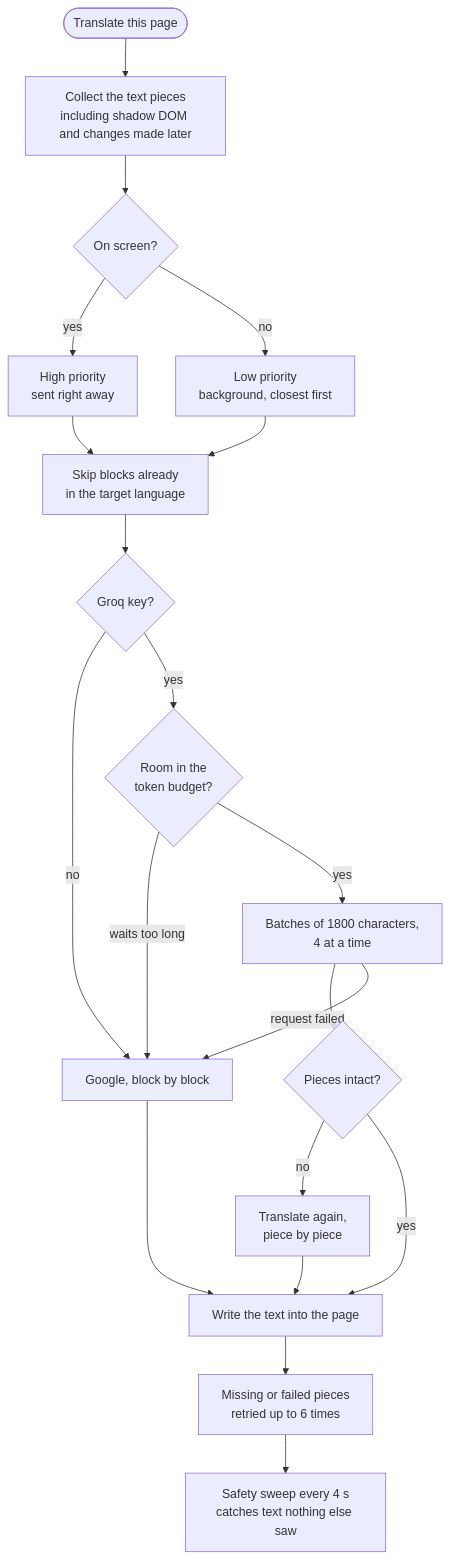
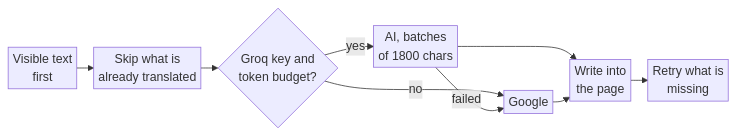
One commit to ThomasPixelsOf/Translate-Express changed the second of 2 diagrams in README.md. Above: the diagram before and after it, drawn with Mermaid. The commit also changed other lines of this file, not shown here.

Commit message:
README: smaller diagrams, the second one collapsed

````diff
--- a/README.md
+++ b/README.md
@@ -70,22 +35,11 @@
 ```mermaid
-flowchart TD
-  start(["Translate this page"]) --> collect["Collect the text pieces<br/>including shadow DOM and changes made later"]
-  collect --> split{"On screen?"}
-  split -->|"yes"| high["High priority<br/>sent right away"]
-  split -->|"no"| low["Low priority<br/>background, closest first"]
-  high --> skip["Skip blocks already<br/>in the target language"]
-  low --> skip
-  skip --> key{"Groq key?"}
-  key -->|"no"| google["Google, block by block"]
-  key -->|"yes"| budget{"Room in the<br/>token budget?"}
-  budget -->|"waits too long"| google
-  budget -->|"yes"| batch["Batches of 1800 characters,<br/>4 at a time"]
-  batch --> check{"Pieces intact?"}
-  check -->|"no"| piece["Translate again,<br/>piece by piece"]
-  check -->|"yes"| write["Write the text into the page"]
-  piece --> write
-  batch -->|"request failed"| google
-  google --> write
-  write --> retry["Missing or failed pieces<br/>retried up to 6 times"]
-  retry --> sweep["Safety sweep every 4 s<br/>catches text nothing else saw"]
+%%{init: {"flowchart": {"nodeSpacing": 14, "rankSpacing": 22, "padding": 3}}}%%
+flowchart LR
+  a["Visible text<br/>first"] --> b["Skip what is<br/>already translated"] --> c{"Groq key and<br/>token budget?"}
+  c -->|"yes"| d["AI, batches<br/>of 1800 chars"]
+  c -->|"no"| e["Google"]
+  d -->|"failed"| e
+  d --> f["Write into<br/>the page"]
+  e --> f
+  f --> g["Retry what is<br/>missing"]
 ```
````
